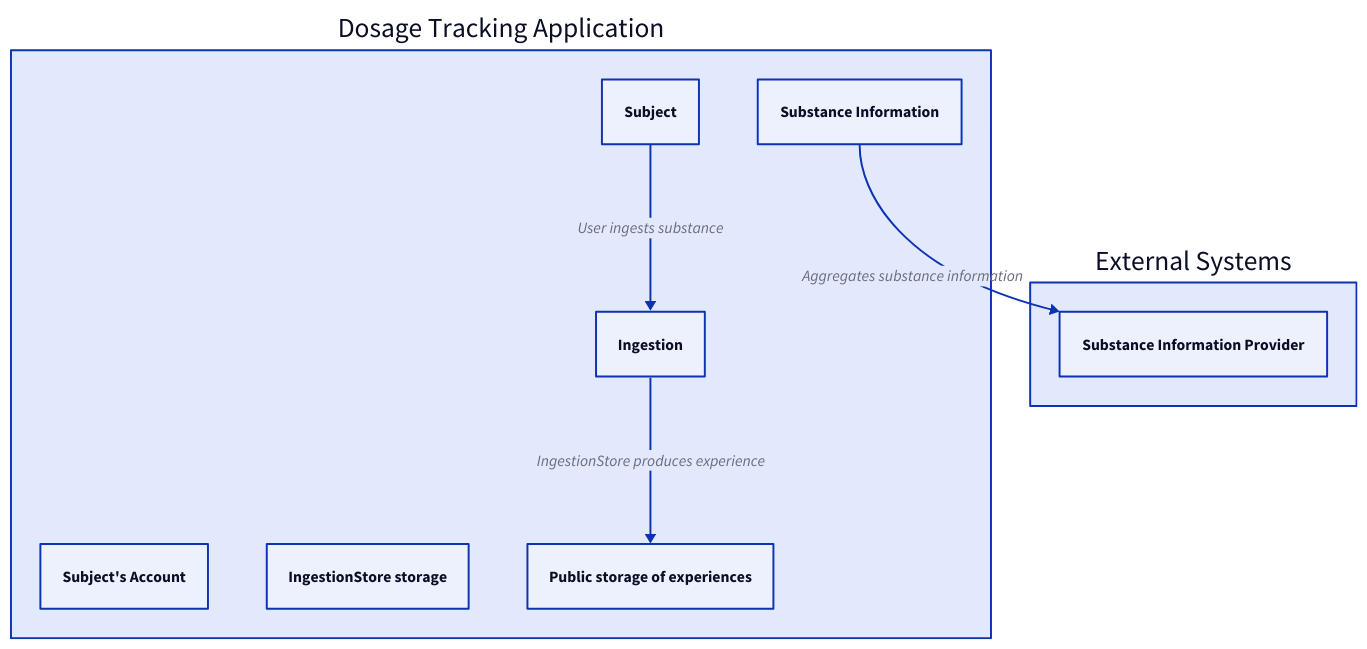
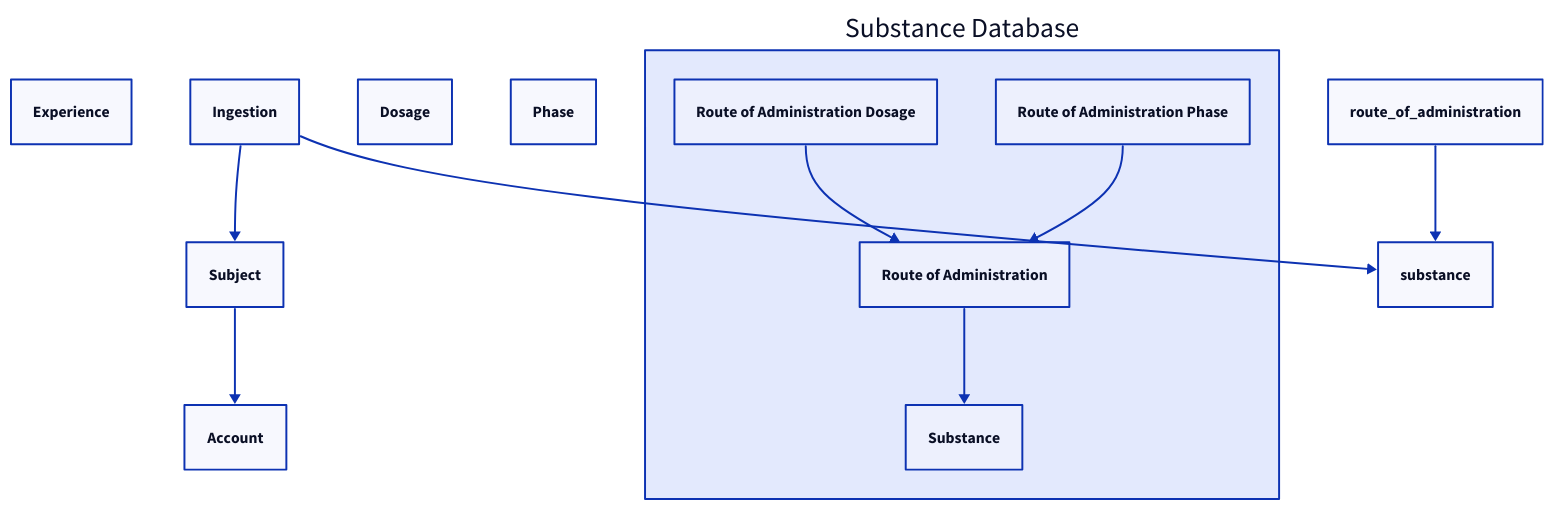
Before and after one commit to keinsell/neuroneek: the diagram in docs/Architecture/context-diagram.d2, drawn with D2. The commit also changed 27 other files, not shown here.

Commit message:
refactor(server): ♻️ setup simple graphql endpoint

```diff
--- a/docs/Architecture/context-diagram.d2
+++ b/docs/Architecture/context-diagram.d2
@@ -1,15 +1,42 @@
-application: "Dosage Tracking Application" {
-  Subject
-  Account: Subject's Account
-  Substance: "Substance Information"
-  IngestionStore: "IngestionStore storage"
-  Experince: "Public storage of experiences"
+
+
+experience: "Experience"
+ingestion: "Ingestion"
+
+dosage: "Dosage"
+phase: "Phase"
+
+
+# Account
+account: "Account"
+
+# Subject
+subject: "Subject"
+
+subject -> account
+
+substance_database: {
+    label: "Substance Database"
+
+    # Substance
+    substance: "Substance"
+    route_of_administration: "Route of Administration"
+    route_of_administration_dosage: "Route of Administration Dosage"
+    route_of_administration_phase: "Route of Administration Phase"
+
+    route_of_administration -> substance
+    route_of_administration_dosage -> route_of_administration
+    route_of_administration_phase -> route_of_administration
 }
 
-extenrals: "External Systems" {
-  drugProvider: "Substance Information Provider"
-}
 
-application.Subject -> application.Ingestion: "User ingests substance"
-application.Ingestion -> application.Experince: "IngestionStore produces experience"
-application.Substance -> extenrals.drugProvider: "Aggregates substance information"
+
+# Route of Administration
+
+
+route_of_administration -> substance
+
+
+# Ingestion
+ingestion -> subject
+ingestion -> substance
```
